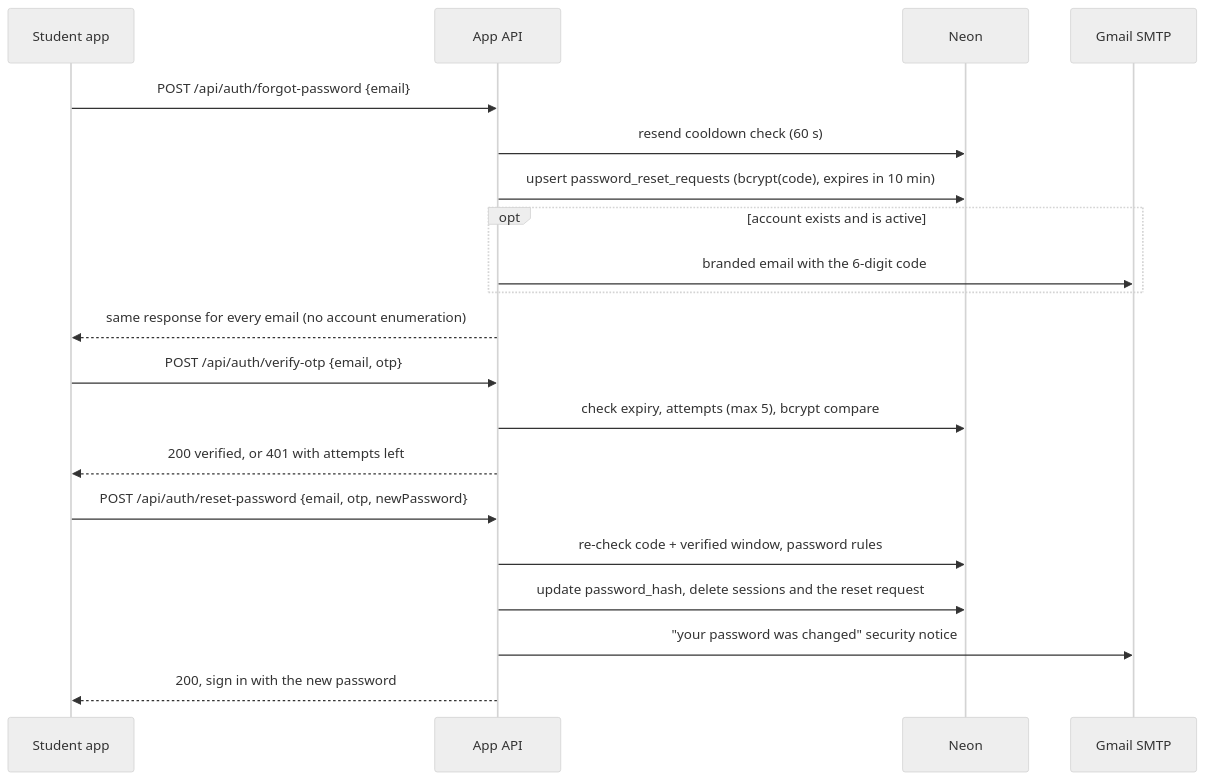
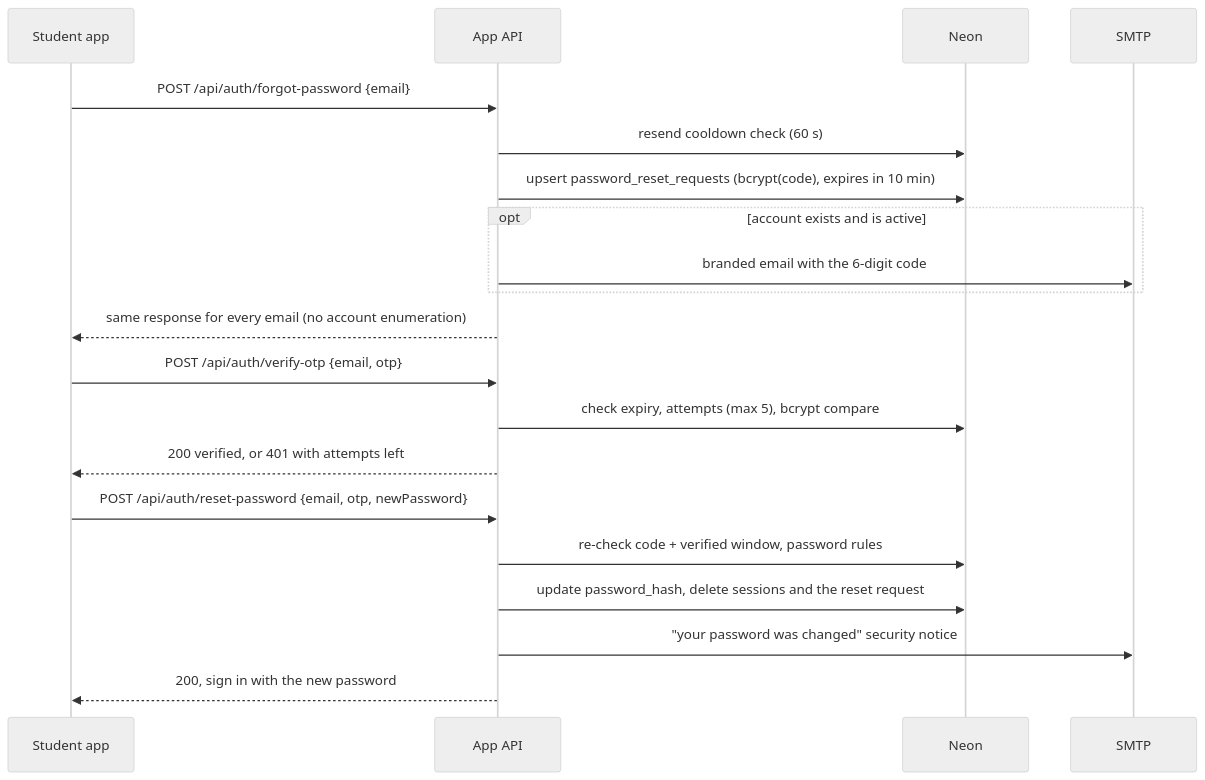
One commit to nathecruz/Capstone-Project changed the seventh of 9 diagrams in ARCHITECTURE.md. Above: the diagram before and after it, drawn with Mermaid (neutral theme). The commit also changed other lines of this file and 63 other files, not shown here.

````diff
--- a/ARCHITECTURE.md
+++ b/ARCHITECTURE.md
@@ -194,22 +229,22 @@
 ```mermaid
 sequenceDiagram
   participant A as Student app
   participant API as App API
   participant DB as Neon
-  participant M as Gmail SMTP
+  participant M as SMTP
   A->>API: POST /api/auth/forgot-password {email}
   API->>DB: resend cooldown check (60 s)
   API->>DB: upsert password_reset_requests (bcrypt(code), expires in 10 min)
   opt account exists and is active
     API->>M: branded email with the 6-digit code
   end
   API-->>A: same response for every email (no account enumeration)
   A->>API: POST /api/auth/verify-otp {email, otp}
   API->>DB: check expiry, attempts (max 5), bcrypt compare
   API-->>A: 200 verified, or 401 with attempts left
   A->>API: POST /api/auth/reset-password {email, otp, newPassword}
   API->>DB: re-check code + verified window, password rules
   API->>DB: update password_hash, delete sessions and the reset request
   API->>M: "your password was changed" security notice
   API-->>A: 200, sign in with the new password
 ```
````
